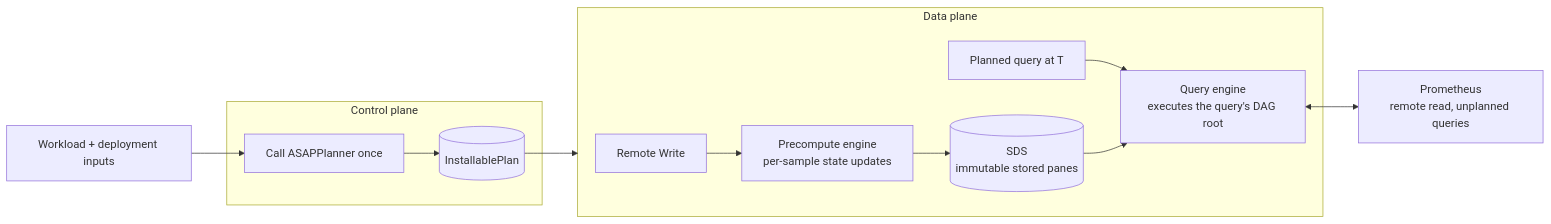
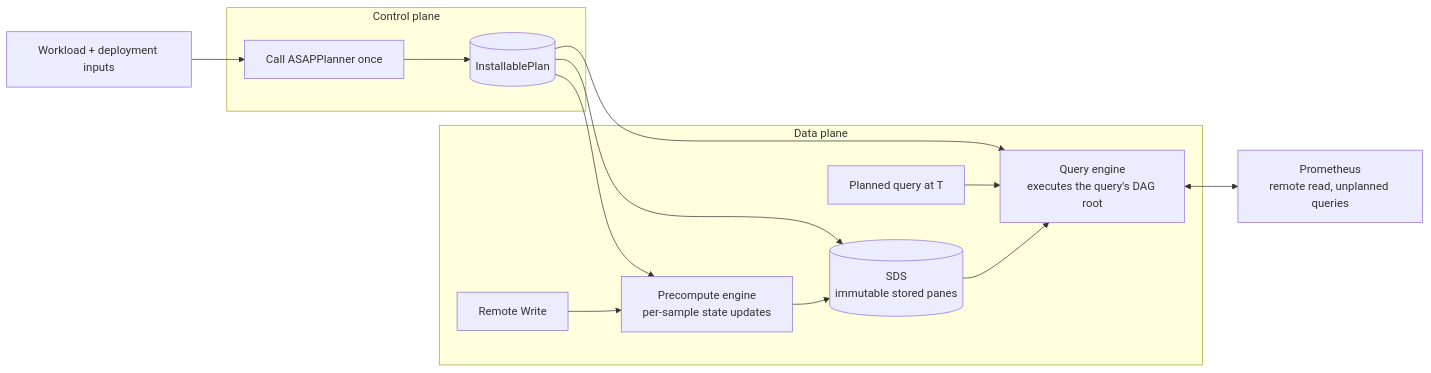
One commit to ProjectASAP/ASAPQuery-backend changed the diagram in docs/design/backend-on-planner-physical-dag.md. Above: the diagram before and after it, drawn with Mermaid.

Commit message:
docs: connect installed plan to each data-plane component

````diff
--- a/docs/design/backend-on-planner-physical-dag.md
+++ b/docs/design/backend-on-planner-physical-dag.md
@@ -11,15 +11,17 @@
 ```mermaid
 flowchart LR
   W[Workload + deployment inputs] --> PL
   subgraph CP[Control plane]
     PL[Call ASAPPlanner once] --> P[(InstallablePlan)]
   end
-  P --> DP
+  P --> PE
+  P --> QE
+  P --> SDS
   subgraph DP[Data plane]
     RW[Remote Write] --> PE[Precompute engine<br/>per-sample state updates]
     PE --> SDS[(SDS<br/>immutable stored panes)]
     Q[Planned query at T] --> QE[Query engine<br/>executes the query's DAG root]
     SDS --> QE
   end
   QE <--> PROM[Prometheus<br/>remote read, unplanned queries]
 ```
````
